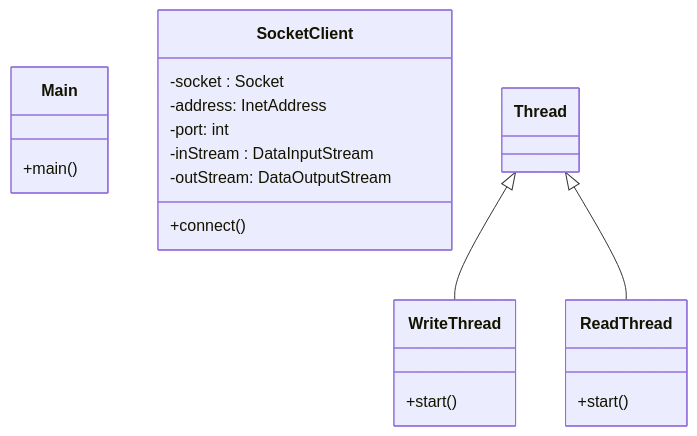
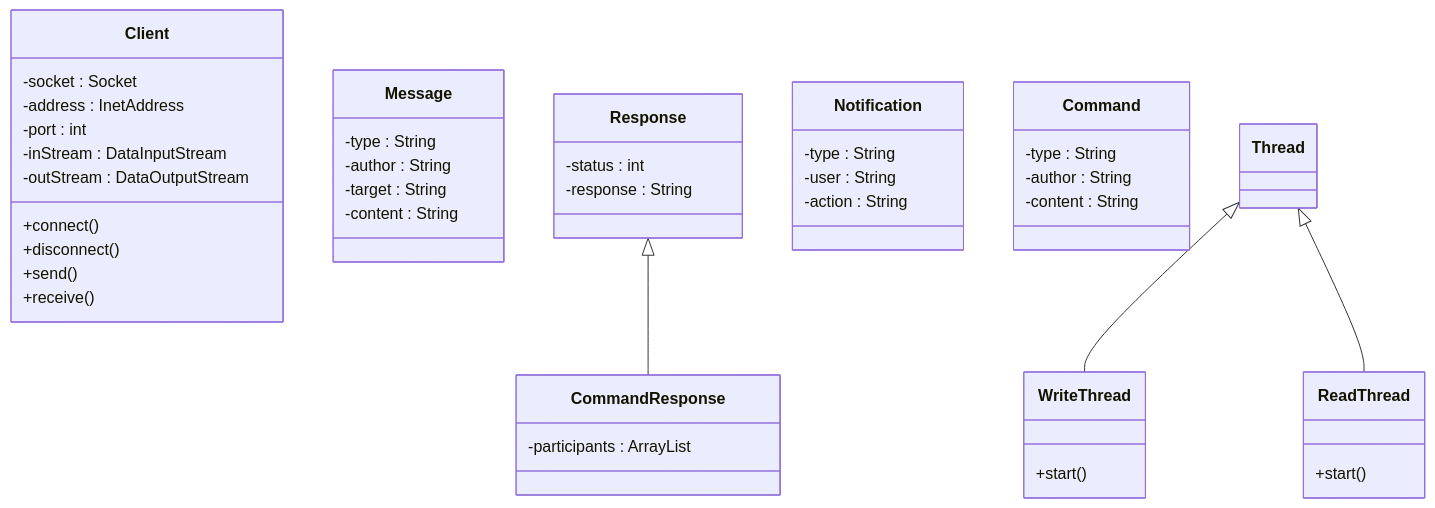
One commit to dicarlo-meucci/Java-Chat changed the fifth of 6 diagrams in README.md. Above: the diagram before and after it, drawn with Mermaid. The commit also changed other lines of this file, not shown here.

Commit message:
license, uml diagrams, commands table, configuration files

````diff
--- a/README.md
+++ b/README.md
@@ -201,27 +260,55 @@
 ```mermaid
 classDiagram
 
-class Main {
-    +main()
+class Client {
+    -socket : Socket
+    -address : InetAddress
+    -port : int
+    -inStream : DataInputStream
+    -outStream : DataOutputStream
+    +connect()
+    +disconnect()
+    +send()
+    +receive()
 }
-
-class SocketClient {
-    -socket : Socket
-    -address: InetAddress
-    -port: int
-    -inStream : DataInputStream
-    -outStream: DataOutputStream
-    +connect()
-}
-
-Thread <|-- WriteThread
-Thread <|-- ReadThread
 
 class WriteThread {
     +start()
 }
 
 class ReadThread {
     +start()
 }
+
+class Message {
+    -type : String
+    -author : String
+    -target : String
+    -content : String
+}
+
+class Response {
+    -status : int
+    -response : String
+}
+
+class CommandResponse {
+    -participants : ArrayList
+}
+
+class Notification {
+    -type : String
+    -user : String
+    -action : String
+}
+
+class Command {
+    -type : String
+    -author : String
+    -content : String
+}
+
+Thread <|-- WriteThread
+Thread <|-- ReadThread
+Response <|-- CommandResponse
 ```
````
